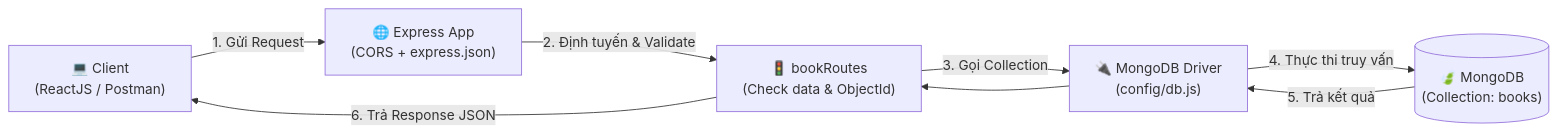
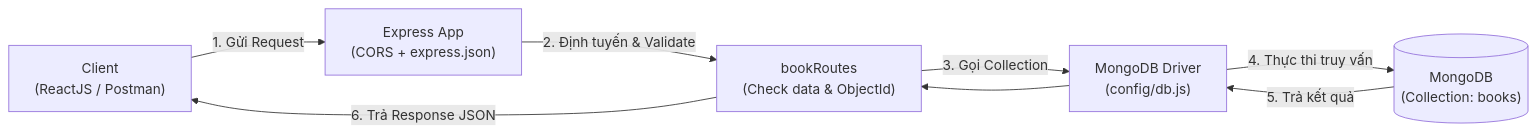
One commit to DuongNAD/NodeJS_Learning changed the diagram in session-08/README.md. Above: the diagram before and after it, drawn with Mermaid. The commit also changed other lines of this file and 3 other files, not shown here.

````diff
--- a/session-08/README.md
+++ b/session-08/README.md
@@ -11,12 +11,12 @@
 ```mermaid
 flowchart LR
-    Client["💻 Client\n(ReactJS / Postman)"] 
-    -->|"1. Gửi Request"| Express["🌐 Express App\n(CORS + express.json)"]
-    -->|"2. Định tuyến & Validate"| Router["🚦 bookRoutes\n(Check data & ObjectId)"]
-    -->|"3. Gọi Collection"| DB["🔌 MongoDB Driver\n(config/db.js)"]
-    -->|"4. Thực thi truy vấn"| Mongo[("🍃 MongoDB\n(Collection: books)")]
+    Client["Client\n(ReactJS / Postman)"] 
+    -->|"1. Gửi Request"| Express["Express App\n(CORS + express.json)"]
+    -->|"2. Định tuyến & Validate"| Router["bookRoutes\n(Check data & ObjectId)"]
+    -->|"3. Gọi Collection"| DB["MongoDB Driver\n(config/db.js)"]
+    -->|"4. Thực thi truy vấn"| Mongo[("MongoDB\n(Collection: books)")]
     
     Mongo -->|"5. Trả kết quả"| DB
     DB --> Router
     Router -->|"6. Trả Response JSON"| Client
 ```
````
